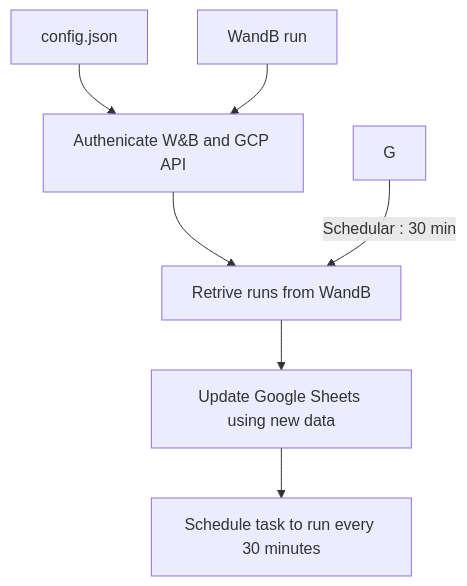
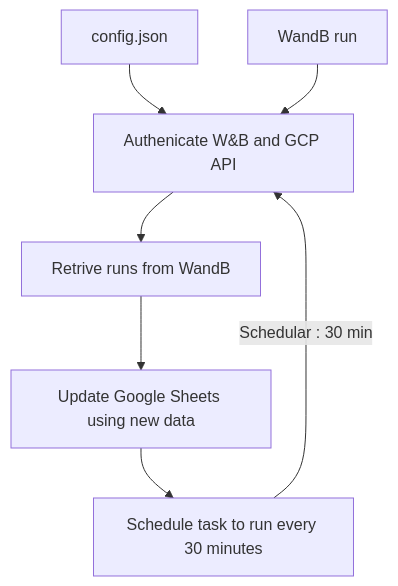
Before and after one commit to taeyoung1005/wandb-spreadsheet-sync: the diagram in README.md, drawn with Mermaid. The commit also changed other lines of this file, not shown here.

Commit message:
📝Update README

````diff
--- a/README.md
+++ b/README.md
@@ -13,10 +13,10 @@
 ```mermaid
 flowchart TD
     A[config.json] --> C
     B[WandB run] --> C[Authenicate W&B and GCP API]
     C --> D[Retrive runs from WandB]
     D --> E[Update Google Sheets using new data]
     E --> F[Schedule task to run every 30 minutes]
 
-    G --> |Schedular : 30 min| D
+    F --> |Schedular : 30 min| C
 ```
````
